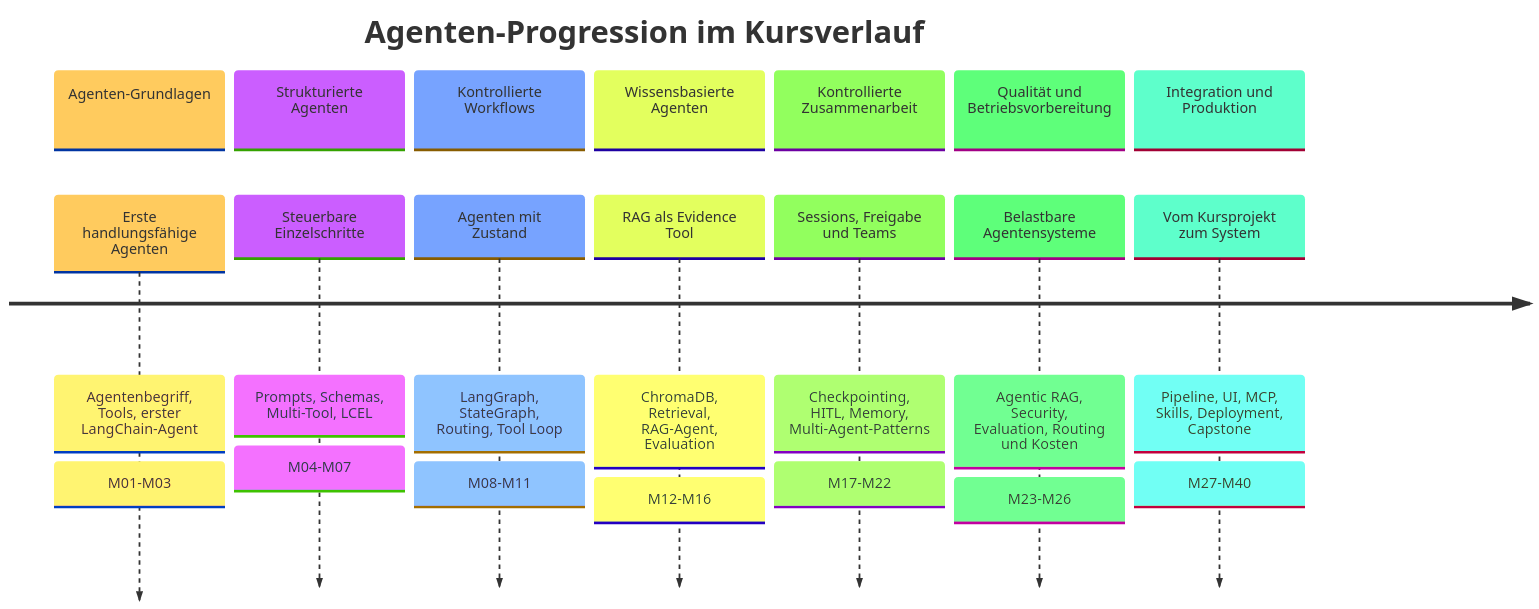
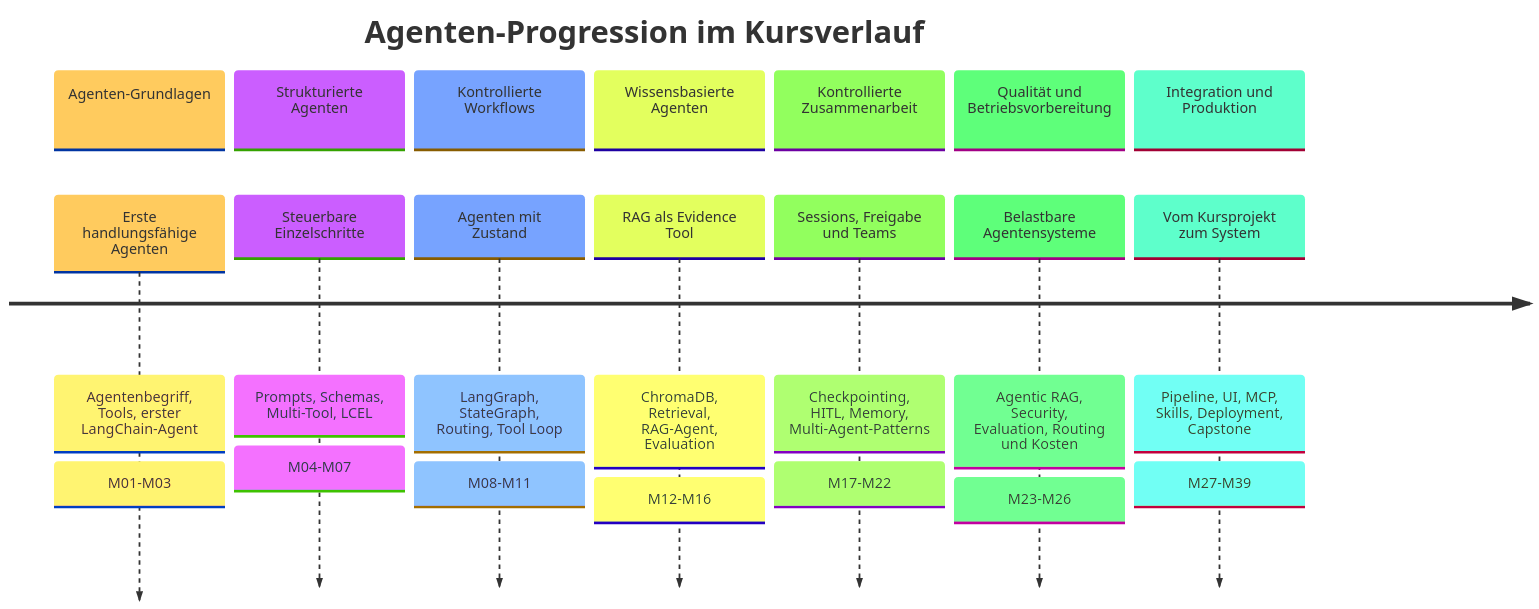
Before and after one commit to ralf-42/Agenten: the diagram in docs/02-orientierung-entscheidung/kursueberblick.md, drawn with Mermaid. The commit also changed other lines of this file and 18 other files, not shown here.

````diff
--- a/docs/02-orientierung-entscheidung/kursueberblick.md
+++ b/docs/02-orientierung-entscheidung/kursueberblick.md
@@ -73,36 +73,36 @@
 ```mermaid
 %%{init: {
   'theme': 'base',
   'themeVariables': {
     'timelineLineColor': '#2e7d32',
     'sectionBkgColor': '#c8e6c9',
     'sectionTextColor': '#1b5e20',
     'containerBkgColor': '#f9f9f9',
     'taskBkgColor': '#e8f5e9',
     'taskTextColor': '#1b5e20'
   }
 }}%%
 timeline
     title Agenten-Progression im Kursverlauf
     section Agenten-Grundlagen
         Erste handlungsfähige Agenten : Agentenbegriff, Tools, erster LangChain-Agent
                                      : M01-M03
     section Strukturierte Agenten
         Steuerbare Einzelschritte     : Prompts, Schemas, Multi-Tool, LCEL
                                      : M04-M07
     section Kontrollierte Workflows
         Agenten mit Zustand           : LangGraph, StateGraph, Routing, Tool Loop
                                      : M08-M11
     section Wissensbasierte Agenten
         RAG als Evidence Tool         : ChromaDB, Retrieval, RAG-Agent, Evaluation
                                      : M12-M16
     section Kontrollierte Zusammenarbeit
         Sessions, Freigabe und Teams  : Checkpointing, HITL, Memory, Multi-Agent-Patterns
                                      : M17-M22
     section Qualität und Betriebsvorbereitung
         Belastbare Agentensysteme     : Agentic RAG, Security, Evaluation, Routing und Kosten
                                      : M23-M26
     section Integration und Produktion
         Vom Kursprojekt zum System    : Pipeline, UI, MCP, Skills, Deployment, Capstone
-                                     : M27-M40
+                                     : M27-M39
 ```
````
